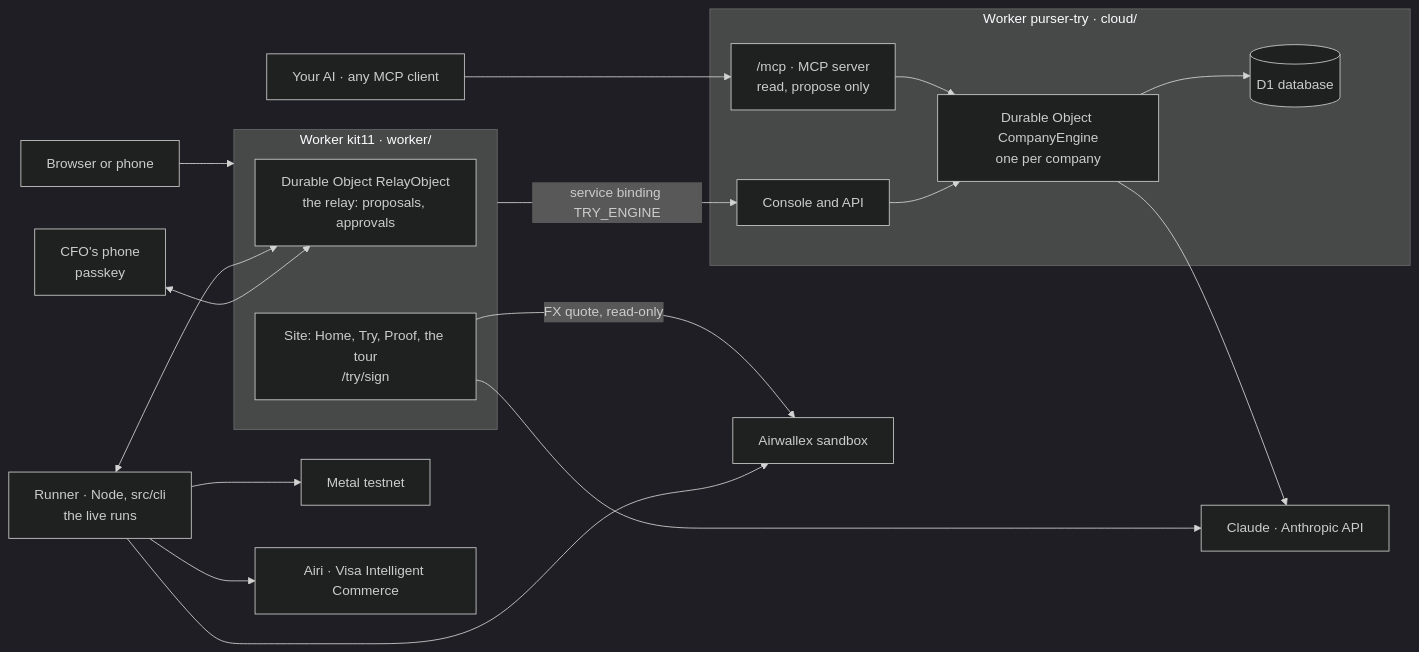
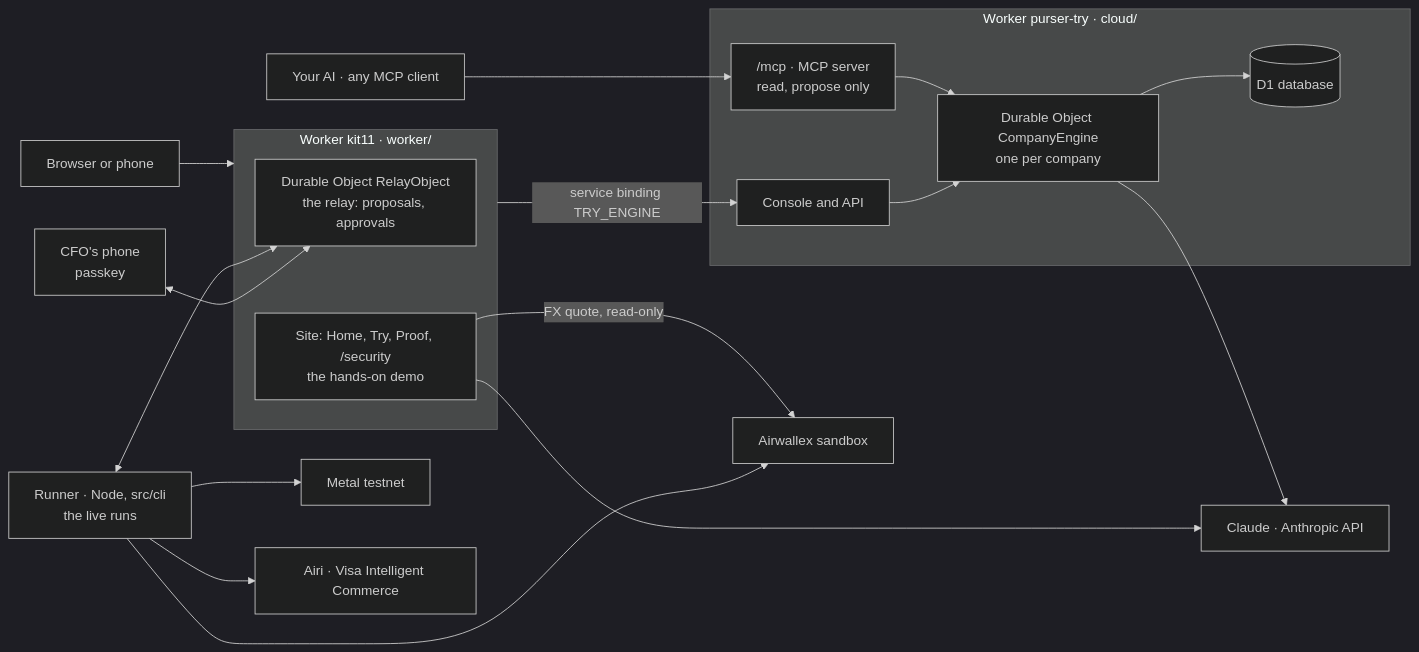
The third of 3 diagrams in README.md (agamemnon-coder/x402-business-agents), drawn with Mermaid (dark theme) before and after one commit. The commit also changed other lines of this file and 40 other files, not shown here.

First line of the commit message:
Submission final pass: /try instead of /try/sign, no N/N fractions, the console's new tabs in the film, counts synced

````diff
--- a/README.md
+++ b/README.md
@@ -152,22 +152,22 @@
 ```mermaid
 flowchart LR
   U["Browser or phone"] --> K
   F["CFO's phone<br/>passkey"] <--> RO
   subgraph K["Worker kit11 · worker/"]
-    S["Site: Home, Try, Proof, the tour<br/>/try/sign"]
+    S["Site: Home, Try, Proof, /security<br/>the hands-on demo"]
     RO["Durable Object RelayObject<br/>the relay: proposals, approvals"]
   end
   RN["Runner · Node, src/cli<br/>the live runs"] <--> RO
   K -- "service binding TRY_ENGINE" --> API
   subgraph C["Worker purser-try · cloud/"]
     API["Console and API"]
     MCP["/mcp · MCP server<br/>read, propose only"]
     E["Durable Object CompanyEngine<br/>one per company"]
     D[("D1 database")]
   end
   AI["Your AI · any MCP client"] --> MCP
   API & MCP --> E --> D
   RN --> AW["Airwallex sandbox"] & M["Metal testnet"] & V["Airi · Visa Intelligent Commerce"]
   S -- "FX quote, read-only" --> AW
   S & E --> CL["Claude · Anthropic API"]
 ```
````
